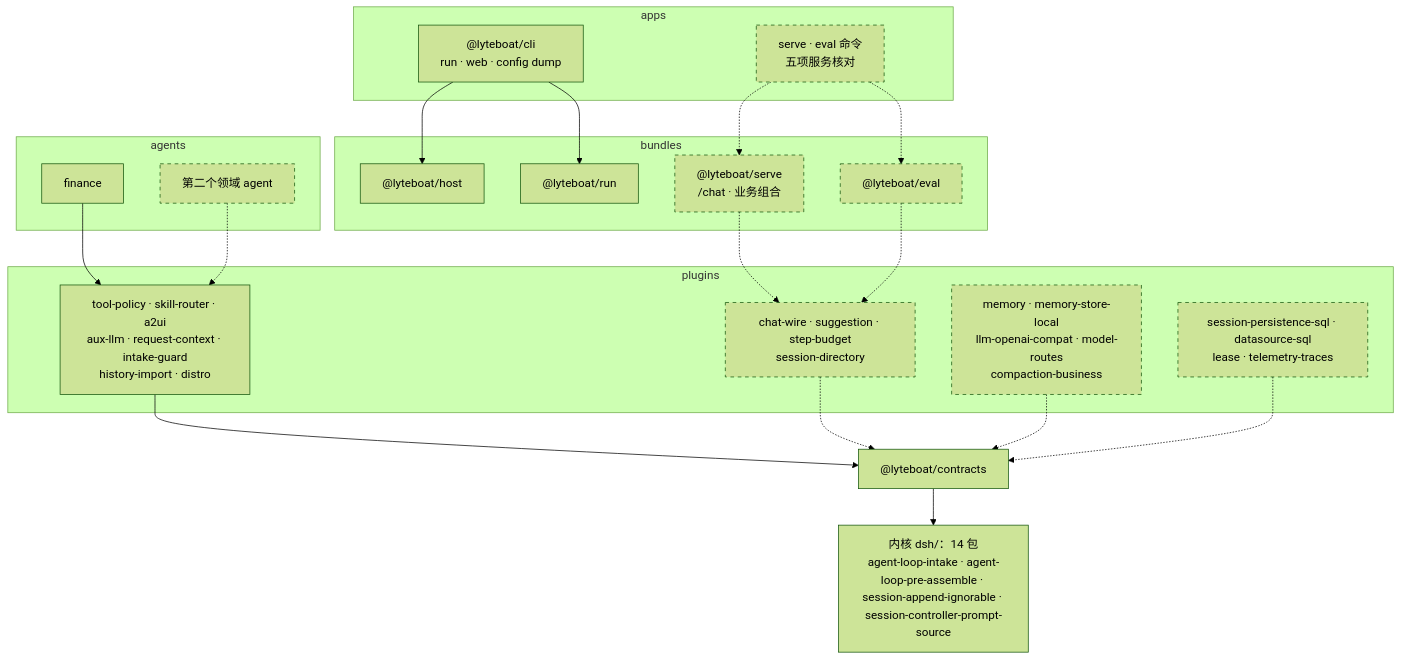
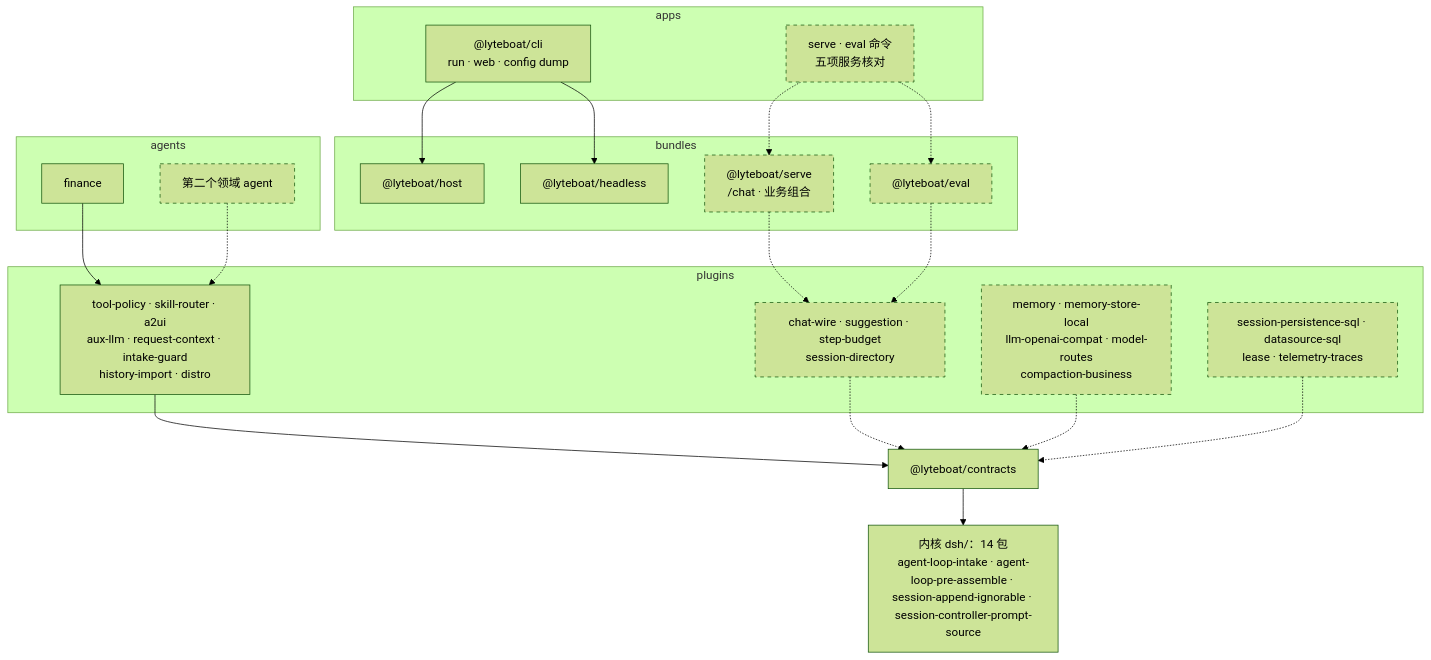
The second of 3 diagrams in docs/04-reference-alignment.md (lyteboat/boat), drawn with Mermaid (forest theme) before and after one commit. The commit also changed other lines of this file and 61 other files, not shown here.

First line of the commit message:
F3-S1: lyteboat — `run` becomes `headless`, as dsh names its one-shot mode

````diff
--- a/docs/04-reference-alignment.md
+++ b/docs/04-reference-alignment.md
@@ -707,40 +707,40 @@
 ```mermaid
 flowchart TB
   subgraph APPS["apps"]
     CLI["@lyteboat/cli<br/>run · web · config dump"]
     CLIN["serve · eval 命令<br/>五项服务核对"]
   end
   subgraph BUNDLES["bundles"]
     HOST["@lyteboat/host"]
-    RUN["@lyteboat/run"]
+    RUN["@lyteboat/headless"]
     SERVE["@lyteboat/serve<br/>/chat · 业务组合"]
     EVAL["@lyteboat/eval"]
   end
   subgraph AGENTS["agents"]
     FIN["finance"]
     AG2["第二个领域 agent"]
   end
   subgraph PLUGINS["plugins"]
     HAVE["tool-policy · skill-router · a2ui<br/>aux-llm · request-context · intake-guard<br/>history-import · distro"]
     WIRE["chat-wire · suggestion · step-budget<br/>session-directory"]
     MEM["memory · memory-store-local<br/>llm-openai-compat · model-routes<br/>compaction-business"]
     MULTI["session-persistence-sql · datasource-sql<br/>lease · telemetry-traces"]
   end
   CT["@lyteboat/contracts"]
   K["内核 dsh/：14 包<br/>agent-loop-intake · agent-loop-pre-assemble · session-append-ignorable · session-controller-prompt-source"]
   CLI --> HOST
   CLI --> RUN
   CLIN -.-> SERVE
   CLIN -.-> EVAL
   SERVE -.-> WIRE
   EVAL -.-> WIRE
   FIN --> HAVE
   AG2 -.-> HAVE
   HAVE --> CT
   WIRE -.-> CT
   MEM -.-> CT
   MULTI -.-> CT
   CT --> K
   classDef planned stroke-dasharray: 5 5
   class CLIN,SERVE,EVAL,AG2,WIRE,MEM,MULTI planned
 ```
````
